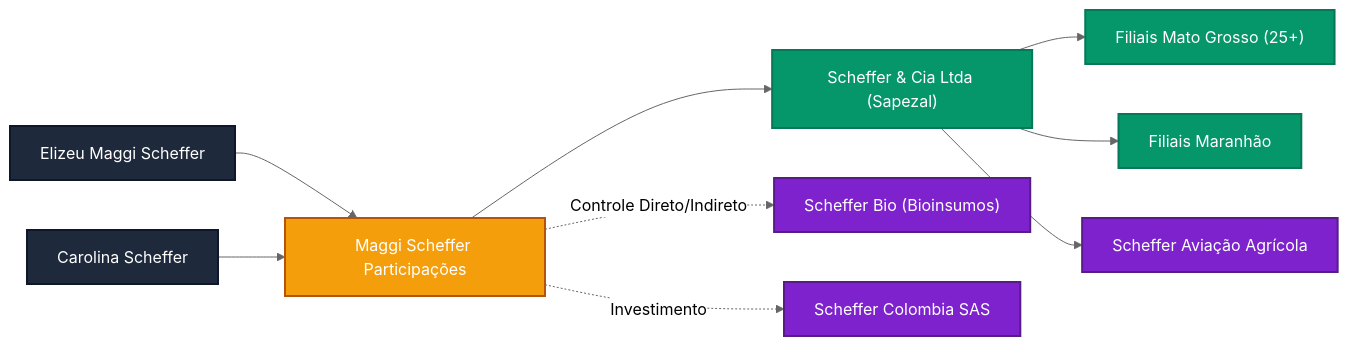
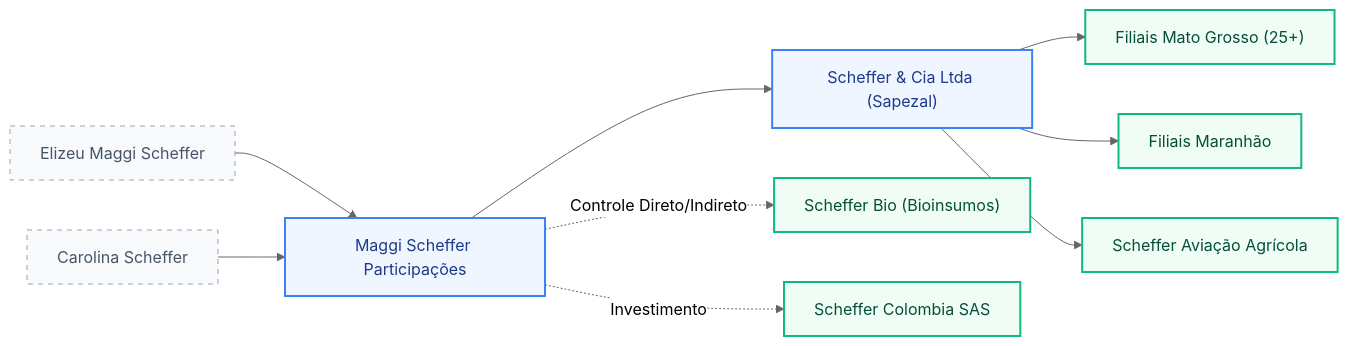
Before and after one commit to brunolimaff-jpg/NOVO-APP: the third of 3 diagrams in tests/fixtures/dossier/scheffer-04733767000180/expected-dossier.md, drawn with Mermaid (neutral theme). The commit also changed 3 other files, not shown here.

Commit message:
fix: standardize dossier mermaid maps

````diff
--- a/tests/fixtures/dossier/scheffer-04733767000180/expected-dossier.md
+++ b/tests/fixtures/dossier/scheffer-04733767000180/expected-dossier.md
@@ -342,46 +342,37 @@
 ```mermaid
 graph LR
-    classDef target fill:#059669,stroke:#047857,stroke-width:2px,color:#fff
-    classDef person fill:#1e293b,stroke:#0f172a,stroke-width:2px,color:#fff
-    classDef company fill:#f59e0b,stroke:#b45309,stroke-width:2px,color:#fff
-    classDef parallel fill:#7e22ce,stroke:#581c87,stroke-width:2px,color:#fff
+    classDef core fill:#eff6ff,stroke:#3b82f6,stroke-width:2px,color:#1e3a8a;
+    classDef satellite fill:#f0fdf4,stroke:#10b981,stroke-width:2px,color:#064e3b;
+    classDef danger fill:#fff1f2,stroke:#f43f5e,stroke-width:2px,color:#881337;
+    classDef warning fill:#fffbeb,stroke:#f59e0b,stroke-width:2px,color:#78350f;
+    classDef neutral fill:#f8fafc,stroke:#94a3b8,stroke-dasharray:5,5,stroke-width:1px,color:#475569;
 
     %% Estrutura de Controle
     Socio1["Elizeu Maggi Scheffer"]
     Socio2["Carolina Scheffer"]
     Holding["Maggi Scheffer Participações"]
 
     %% Operação Core
     Matriz["Scheffer & Cia Ltda (Sapezal)"]
     FiliaisMT["Filiais Mato Grosso (25+)"]
     FiliaisMA["Filiais Maranhão"]
 
     %% Verticais e Internacional
     Bio["Scheffer Bio (Bioinsumos)"]
     Avia["Scheffer Aviação Agrícola"]
     Col["Scheffer Colombia SAS"]
 
     %% Conexões
     Socio1 --> Holding
     Socio2 --> Holding
     Holding --> Matriz
     Matriz --> FiliaisMT
     Matriz --> FiliaisMA
     Holding -.->|"Controle Direto/Indireto"| Bio
     Holding -.->|"Investimento"| Col
     Matriz --> Avia
 
-    class Matriz target;
-    class Holding company;
-    class Bio parallel;
-    class Col parallel;
-class Socio1 person;
-class Socio2 person;
-class Holding company;
-class Matriz target;
-class FiliaisMT target;
-class FiliaisMA target;
-class Bio parallel;
-class Avia parallel;
-class Col parallel;
+    class Socio1,Socio2 neutral;
+    class Holding,Matriz core;
+    class FiliaisMT,FiliaisMA,Bio,Avia,Col satellite;
 ```
````
